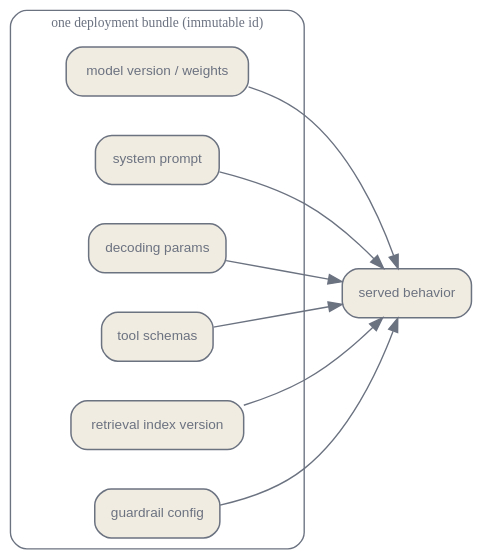
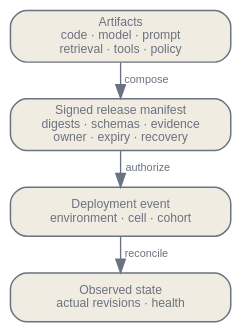
Before and after one commit to latere-ai/ai-as-an-infrastructure: the first of 3 diagrams in en/practice/09-deployment-lifecycle.qmd, drawn with Graphviz. The commit also changed other lines of this file and 3 other files, not shown here.

````diff
--- a/en/practice/09-deployment-lifecycle.qmd
+++ b/en/practice/09-deployment-lifecycle.qmd
@@ -47,29 +54,19 @@
 ```{dot}
 //| label: fig-deploy-bundle
-//| fig-cap: "The deployable artifact is a bundle, not a checkpoint. The registry pins every element that can move the output and refers to the whole by one immutable id, so a behavior change is always attributable to a named deployment."
+//| fig-cap: "A release manifest composes immutable artifacts and bounded mutable dependencies. The deployment event assigns it to an environment; observed state proves what actually serves."
 digraph {
   bgcolor="transparent";
-  rankdir=LR;
-  nodesep=0.4; ranksep=0.5;
-  node [shape=box, style="rounded,filled", fontname="Helvetica", fontsize=10, color="#6b7280", fontcolor="#6b7280", fillcolor="#f1ece1", penwidth=1.1];
-  edge [fontsize=10, fontname="Helvetica", color="#6b7280", fontcolor="#6b7280"];
+  rankdir=TB;
+  nodesep=0.18; ranksep=0.24;
+  node [shape=box, style="rounded,filled", fontname="Helvetica", fontsize=9, color="#6b7280", fontcolor="#6b7280", fillcolor="#f1ece1", penwidth=1.1, width=2.25];
+  edge [fontsize=8, fontname="Helvetica", color="#6b7280", fontcolor="#6b7280"];
 
-  subgraph cluster_B {
-    label="one deployment bundle (immutable id)";
-    style=rounded; color="#6b7280"; fontcolor="#6b7280"; fontsize=10;
-    W [label="model version / weights"];
-    P [label="system prompt"];
-    D [label="decoding params"];
-    T [label="tool schemas"];
-    R [label="retrieval index version"];
-    G [label="guardrail config"];
-  }
-  S [label="served behavior"];
-  W -> S;
-  P -> S;
-  D -> S;
-  T -> S;
-  R -> S;
-  G -> S;
+  A [label="Artifacts\ncode · model · prompt\nretrieval · tools · policy"];
+  M [label="Signed release manifest\ndigests · schemas · evidence\nowner · expiry · recovery"];
+  D [label="Deployment event\nenvironment · cell · cohort"];
+  O [label="Observed state\nactual revisions · health"];
+  A -> M [label="compose"];
+  M -> D [label="authorize"];
+  D -> O [label="reconcile"];
 }
 ```
````
